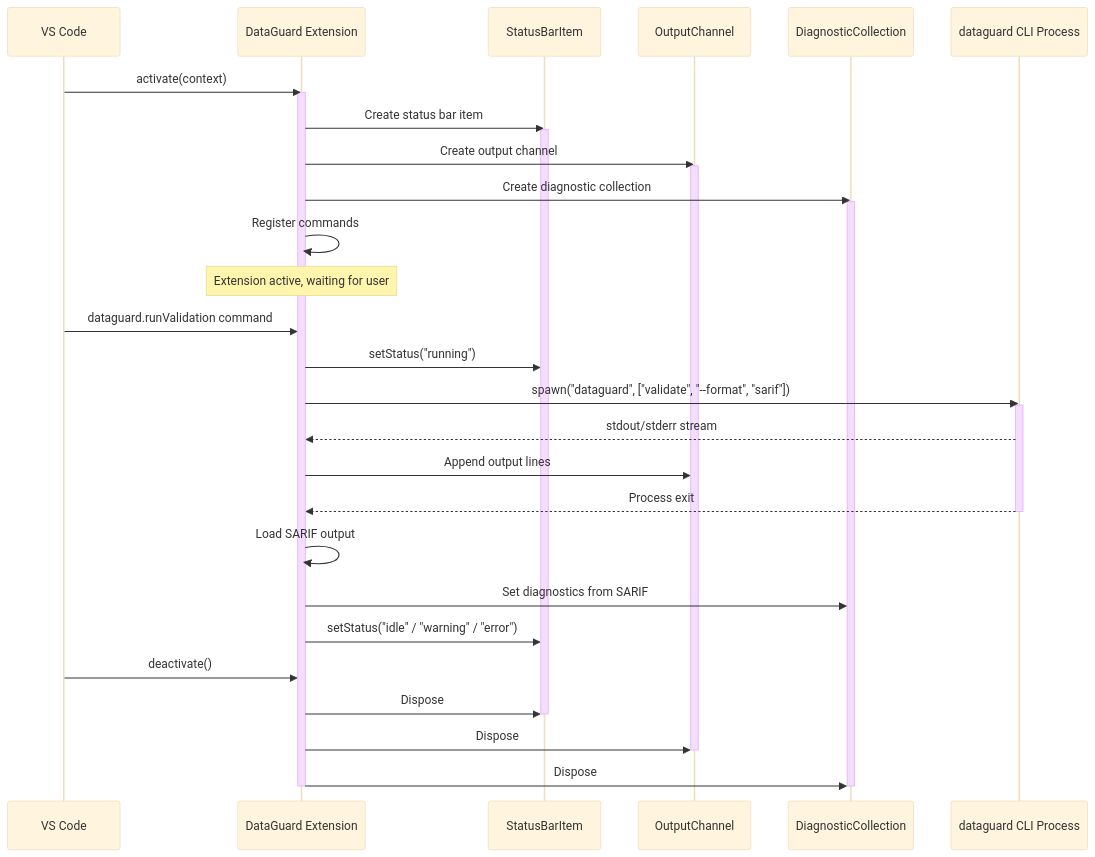
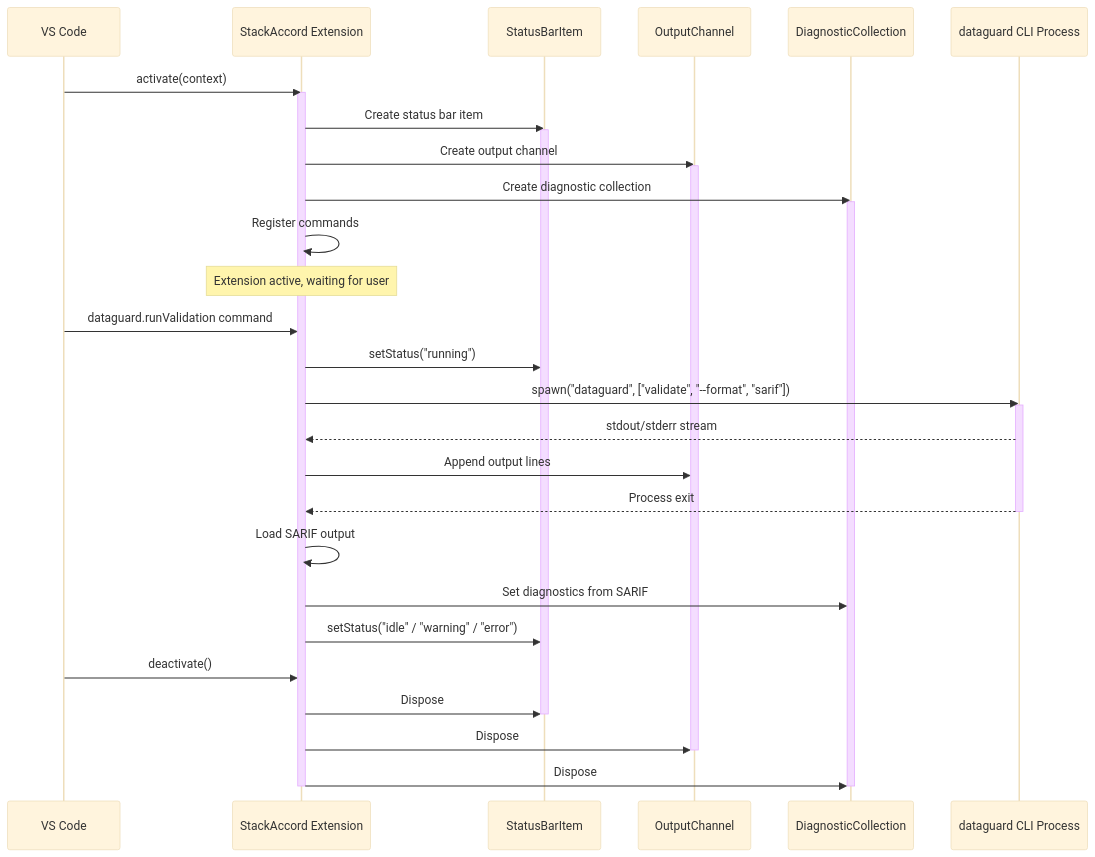
Before and after one commit to thanhnt-sm/eco_support_net_oracle: the third of 6 diagrams in docs/04-diagrams/component-lifecycle.md, drawn with Mermaid (base theme). The commit also changed other lines of this file and 115 other files, not shown here.

Commit message:
fix(branding): align StackAccord docs and release copy

````diff
--- a/docs/04-diagrams/component-lifecycle.md
+++ b/docs/04-diagrams/component-lifecycle.md
@@ -131,43 +131,43 @@
 ```mermaid
 sequenceDiagram
     participant VSCode as VS Code
-    participant Ext as DataGuard Extension
+    participant Ext as StackAccord Extension
     participant SB as StatusBarItem
     participant OC as OutputChannel
     participant Diag as DiagnosticCollection
     participant CLI as dataguard CLI Process
 
     VSCode->>Ext: activate(context)
     activate Ext
     Ext->>SB: Create status bar item
     activate SB
     Ext->>OC: Create output channel
     activate OC
     Ext->>Diag: Create diagnostic collection
     activate Diag
     Ext->>Ext: Register commands
     
     Note over Ext: Extension active, waiting for user
     
     VSCode->>Ext: dataguard.runValidation command
     Ext->>SB: setStatus("running")
     Ext->>CLI: spawn("dataguard", ["validate", "--format", "sarif"])
     activate CLI
     CLI-->>Ext: stdout/stderr stream
     Ext->>OC: Append output lines
     
     CLI-->>Ext: Process exit
     deactivate CLI
     Ext->>Ext: Load SARIF output
     Ext->>Diag: Set diagnostics from SARIF
     Ext->>SB: setStatus("idle" / "warning" / "error")
     
     VSCode->>Ext: deactivate()
     Ext->>SB: Dispose
     deactivate SB
     Ext->>OC: Dispose
     deactivate OC
     Ext->>Diag: Dispose
     deactivate Diag
     deactivate Ext
 ```
````
